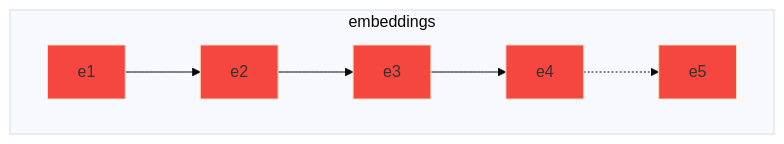
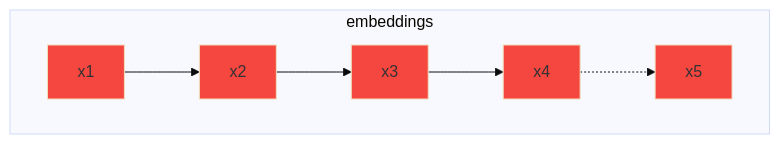
Before and after one commit to mapariel/transformers: the third of 4 diagrams in README.md, drawn with Mermaid (base theme). The commit also changed other lines of this file, not shown here.

````diff
--- a/README.md
+++ b/README.md
@@ -20,7 +29,7 @@
 ```mermaid
 flowchart TB;
     subgraph embeddings;
-    e1:::embedding-->e2:::embedding-->e3:::embedding-->e4:::embedding-.->e5:::embedding;
+    x1:::embedding-->x2:::embedding-->x3:::embedding-->x4:::embedding-.->x5:::embedding;
     end;
     classDef embedding fill:#f64640;
 ```
````
